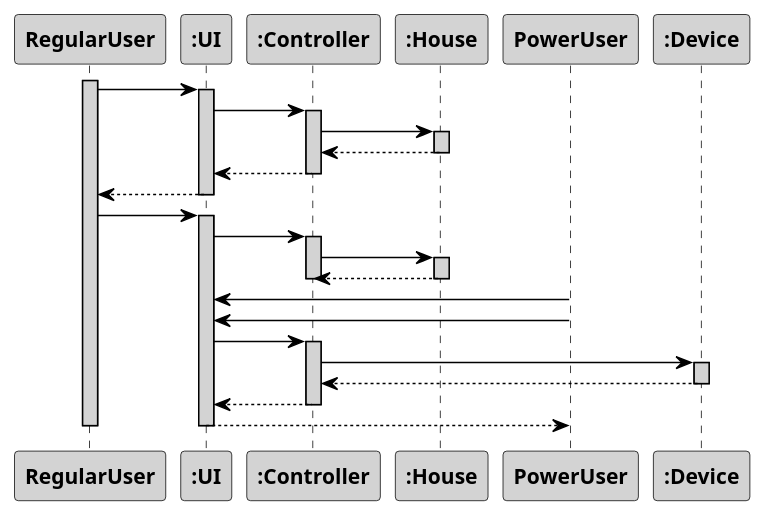
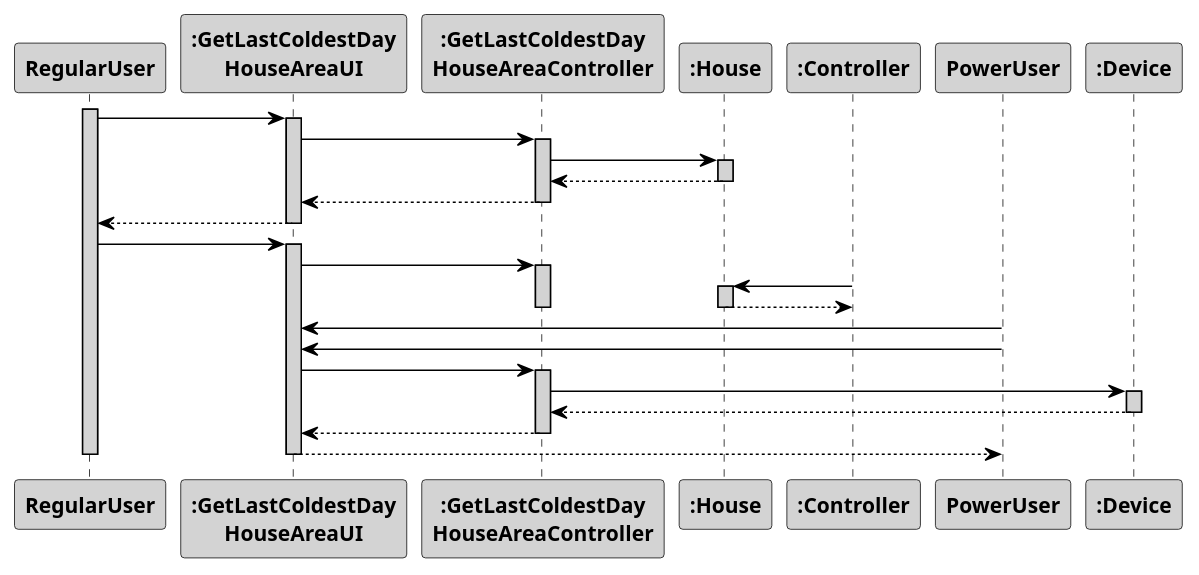
The diagram in src/main/java/pt/ipp/isep/dei/project/controllers/getLastColdestDayHouseAreaController/SD_SequenceDiagramModel.puml (1181687/hateoasToy), drawn with PlantUML before and after one commit.

Commit message:
Change US630 Sequence Diagram Addresses #124

```diff
--- a/src/main/java/pt/ipp/isep/dei/project/controllers/getLastColdestDayHouseAreaController/SD_SequenceDiagramModel.puml
+++ b/src/main/java/pt/ipp/isep/dei/project/controllers/getLastColdestDayHouseAreaController/SD_SequenceDiagramModel.puml
@@ -1,61 +1,61 @@
 @startuml
 skinparam sequenceMessageAlign center
 skinparam sequence {
 	ArrowColor Black
 	ActorBorderColor DarkBlue
 	LifeLineBorderColor black
 	LifeLineBackgroundColor LightGrey
 
 	ParticipantBorderColor Black
 	ParticipantBackgroundColor LightGrey
 	ParticipantFontStyle Bold
 
 	ActorBackgroundColor DimGrey
 	ActorFontColor DeepSkyBlue
 	ActorFontStyle Bold
 	ActorFontSize 17
 	ActorFontName Aapex
 }
 
 activate RegularUser
 actor RegularUser
-RegularUser -> ":UI":
-activate ":UI"
-":UI" -> ":Controller":
-activate ":Controller"
+RegularUser -> ":GetLastColdestDay\nHouseAreaUI":
+activate ":GetLastColdestDay\nHouseAreaUI"
+":GetLastColdestDay\nHouseAreaUI" -> ":GetLastColdestDay\nHouseAreaController":
+activate ":GetLastColdestDay\nHouseAreaController"
+":GetLastColdestDay\nHouseAreaController" -> ":House":
+activate ":House"
+":GetLastColdestDay\nHouseAreaController" <-- ":House":
+deactivate ":House"
+":GetLastColdestDay\nHouseAreaUI" <-- ":GetLastColdestDay\nHouseAreaController":
+deactivate ":GetLastColdestDay\nHouseAreaController"
+RegularUser <-- ":GetLastColdestDay\nHouseAreaUI":
+deactivate ":GetLastColdestDay\nHouseAreaUI"
+
+RegularUser -> ":GetLastColdestDay\nHouseAreaUI":
+activate ":GetLastColdestDay\nHouseAreaUI"
+":GetLastColdestDay\nHouseAreaUI" -> ":GetLastColdestDay\nHouseAreaController":
+activate ":GetLastColdestDay\nHouseAreaController"
 ":Controller" -> ":House":
 activate ":House"
 ":Controller" <-- ":House":
 deactivate ":House"
-":UI" <-- ":Controller":
-deactivate ":Controller"
-RegularUser <-- ":UI":
-deactivate ":UI"
+deactivate ":GetLastColdestDay\nHouseAreaController"
 
-RegularUser -> ":UI":
-activate ":UI"
-":UI" -> ":Controller":
-activate ":Controller"
-":Controller" -> ":House":
-activate ":House"
-":Controller" <-- ":House":
-deactivate ":House"
-deactivate ":Controller"
-
-PowerUser -> ":UI":
-PowerUser -> ":UI":
-":UI" -> ":Controller":
-activate ":Controller"
-":Controller" -> ":Device":
+PowerUser -> ":GetLastColdestDay\nHouseAreaUI":
+PowerUser -> ":GetLastColdestDay\nHouseAreaUI":
+":GetLastColdestDay\nHouseAreaUI" -> ":GetLastColdestDay\nHouseAreaController":
+activate ":GetLastColdestDay\nHouseAreaController"
+":GetLastColdestDay\nHouseAreaController" -> ":Device":
 activate ":Device"
-":Controller" <-- ":Device":
+":GetLastColdestDay\nHouseAreaController" <-- ":Device":
 deactivate ":Device"
-":UI" <-- ":Controller":
-deactivate ":Controller"
-PowerUser <-- ":UI":
-deactivate ":UI"
+":GetLastColdestDay\nHouseAreaUI" <-- ":GetLastColdestDay\nHouseAreaController":
+deactivate ":GetLastColdestDay\nHouseAreaController"
+PowerUser <-- ":GetLastColdestDay\nHouseAreaUI":
+deactivate ":GetLastColdestDay\nHouseAreaUI"
 
 deactivate RegularUser
 
 
 @enduml
```
